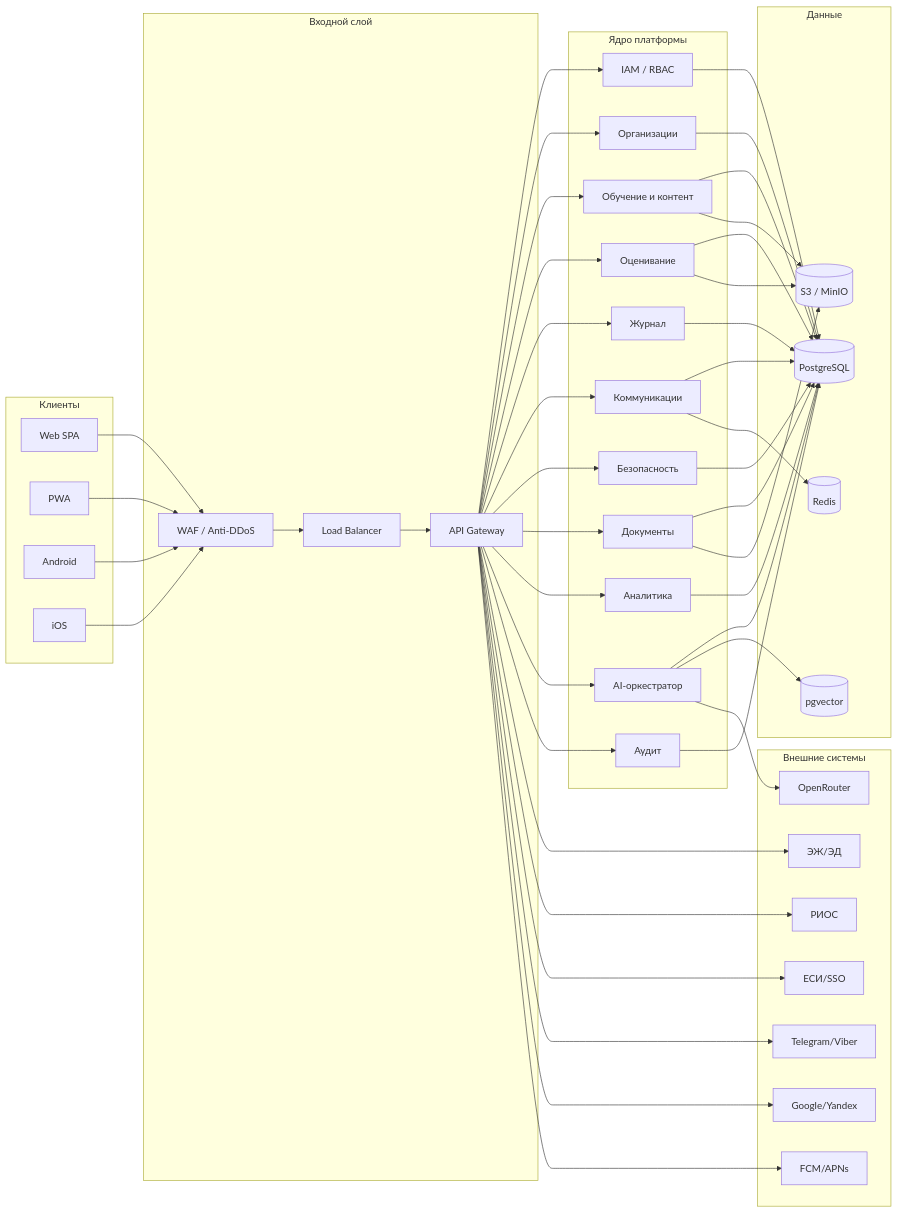
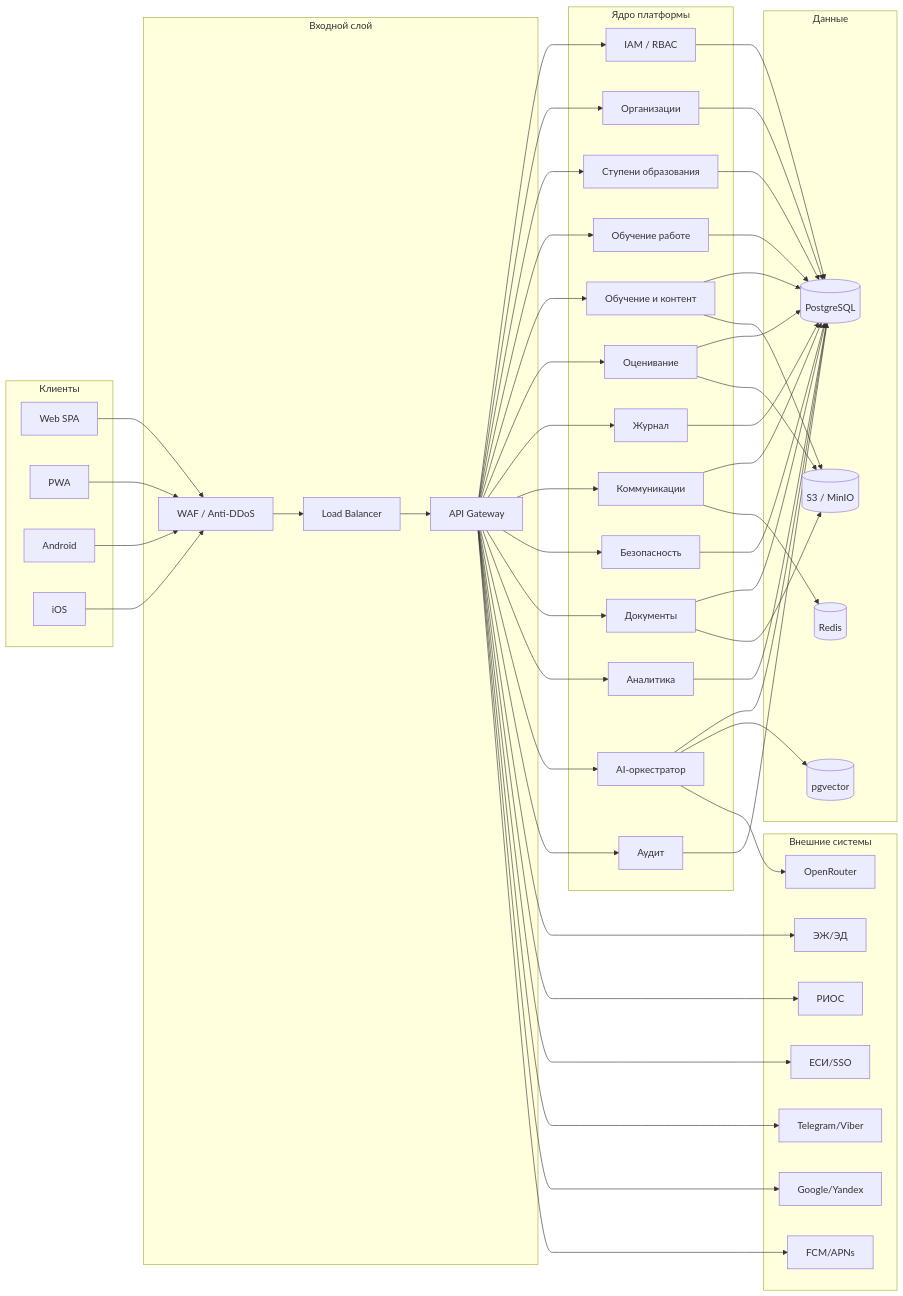
One commit to ruslanadamcuk5/school-platform-v2 changed the first of 5 diagrams in docs/03-architecture/02-blok-shema.md. Above: the diagram before and after it, drawn with Mermaid. The commit also changed other lines of this file and 109 other files, not shown here.

```diff
--- a/docs/03-architecture/02-blok-shema.md
+++ b/docs/03-architecture/02-blok-shema.md
@@ -26,6 +26,8 @@
   subgraph Core[Ядро платформы]
     IAM[IAM / RBAC]
     ORG[Организации]
+    EDU[Ступени образования]
+    ONB[Обучение работе]
     LMS[Обучение и контент]
     ASM[Оценивание]
     JRN[Журнал]
@@ -61,6 +63,8 @@
   WAF --> LB --> GW
   GW --> IAM
   GW --> ORG
+  GW --> EDU
+  GW --> ONB
   GW --> LMS
   GW --> ASM
   GW --> JRN
@@ -72,6 +76,8 @@
   GW --> AUD
   IAM --> PG
   ORG --> PG
+  EDU --> PG
+  ONB --> PG
   LMS --> PG
   LMS --> S3
   ASM --> PG
```
